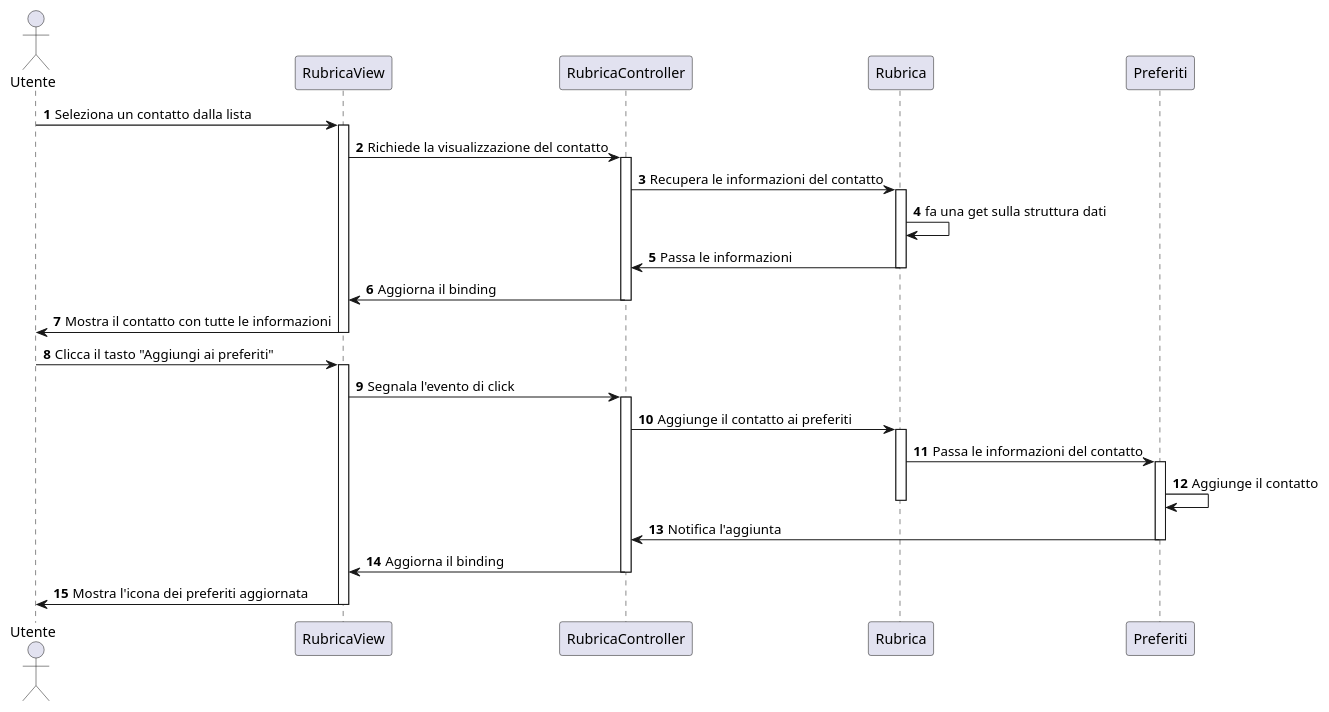
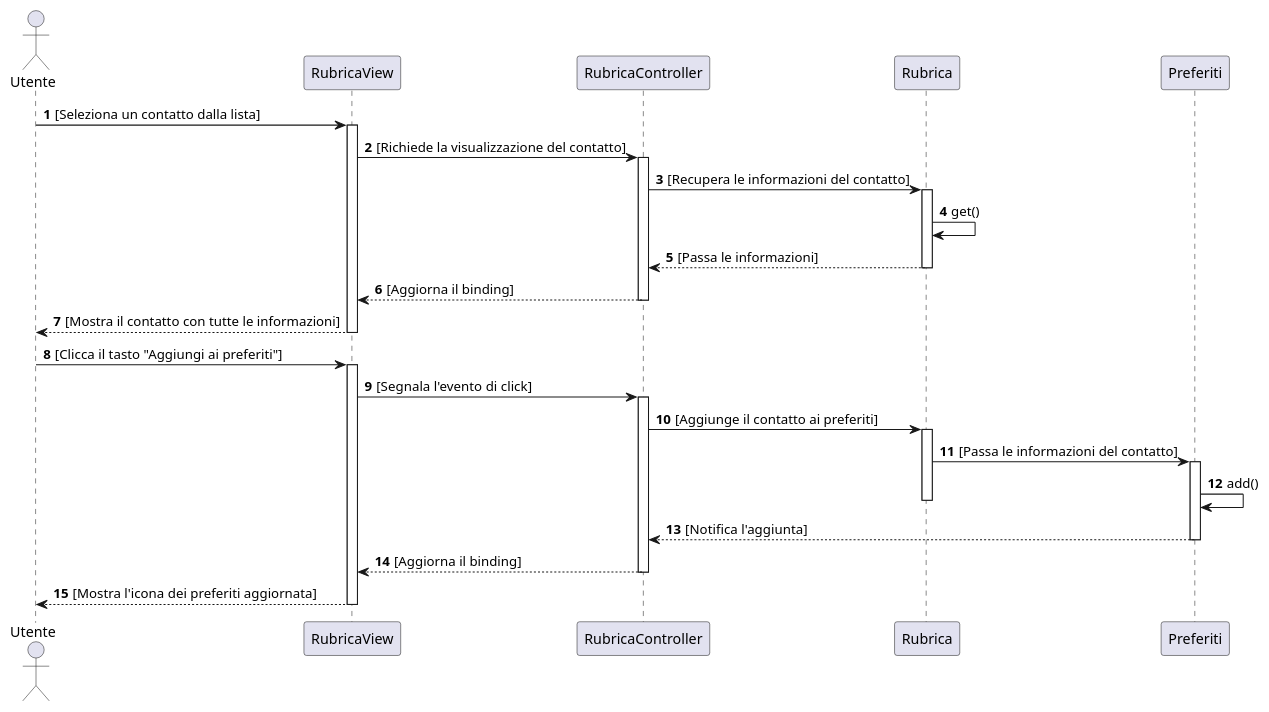
Before and after one commit to emanueletocci/uni-swe-project: the diagram in docs/bozze/Diagrammi/Sequenza/ScenarioAggiuntaPreferiti.puml, drawn with PlantUML. The commit also changed 2 other files, not shown here.

```diff
--- a/docs/bozze/Diagrammi/Sequenza/ScenarioAggiuntaPreferiti.puml
+++ b/docs/bozze/Diagrammi/Sequenza/ScenarioAggiuntaPreferiti.puml
@@ -1,35 +1,35 @@
 @startuml
 'https://plantuml.com/sequence-diagram
 autonumber
 actor Utente
 
-Utente->RubricaView : Seleziona un contatto dalla lista
+Utente->RubricaView : [Seleziona un contatto dalla lista]
 activate RubricaView
-RubricaView->RubricaController : Richiede la visualizzazione del contatto
+RubricaView->RubricaController : [Richiede la visualizzazione del contatto]
 activate RubricaController
-RubricaController->Rubrica : Recupera le informazioni del contatto
+RubricaController->Rubrica : [Recupera le informazioni del contatto]
 activate Rubrica
-Rubrica->Rubrica: fa una get sulla struttura dati
-Rubrica->RubricaController : Passa le informazioni
+Rubrica->Rubrica: get()
+Rubrica-->RubricaController : [Passa le informazioni]
 deactivate Rubrica
-RubricaController->RubricaView : Aggiorna il binding
+RubricaController-->RubricaView : [Aggiorna il binding]
 deactivate RubricaController
-RubricaView->Utente : Mostra il contatto con tutte le informazioni
+RubricaView-->Utente : [Mostra il contatto con tutte le informazioni]
 deactivate RubricaView
-Utente->RubricaView : Clicca il tasto "Aggiungi ai preferiti"
+Utente->RubricaView : [Clicca il tasto "Aggiungi ai preferiti"]
 activate RubricaView
-RubricaView->RubricaController : Segnala l'evento di click
+RubricaView->RubricaController : [Segnala l'evento di click]
 activate RubricaController
-RubricaController->Rubrica : Aggiunge il contatto ai preferiti
+RubricaController->Rubrica : [Aggiunge il contatto ai preferiti]
 activate Rubrica
-Rubrica->Preferiti : Passa le informazioni del contatto
+Rubrica->Preferiti : [Passa le informazioni del contatto]
 activate Preferiti
-Preferiti->Preferiti : Aggiunge il contatto
+Preferiti->Preferiti : add()
 deactivate Rubrica
-Preferiti->RubricaController : Notifica l'aggiunta
+Preferiti-->RubricaController : [Notifica l'aggiunta]
 deactivate Preferiti
-RubricaController-> RubricaView : Aggiorna il binding
+RubricaController-->RubricaView : [Aggiorna il binding]
 deactivate RubricaController
-RubricaView->Utente : Mostra l'icona dei preferiti aggiornata
+RubricaView-->Utente : [Mostra l'icona dei preferiti aggiornata]
 deactivate RubricaView
 @enduml
```
